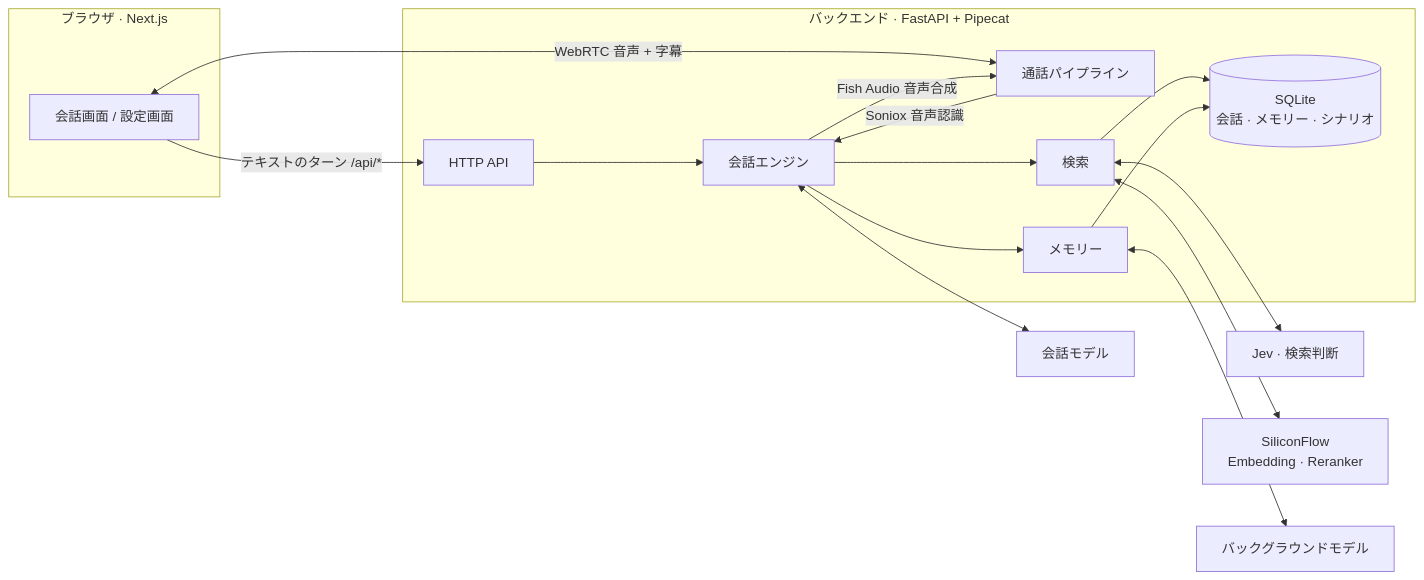
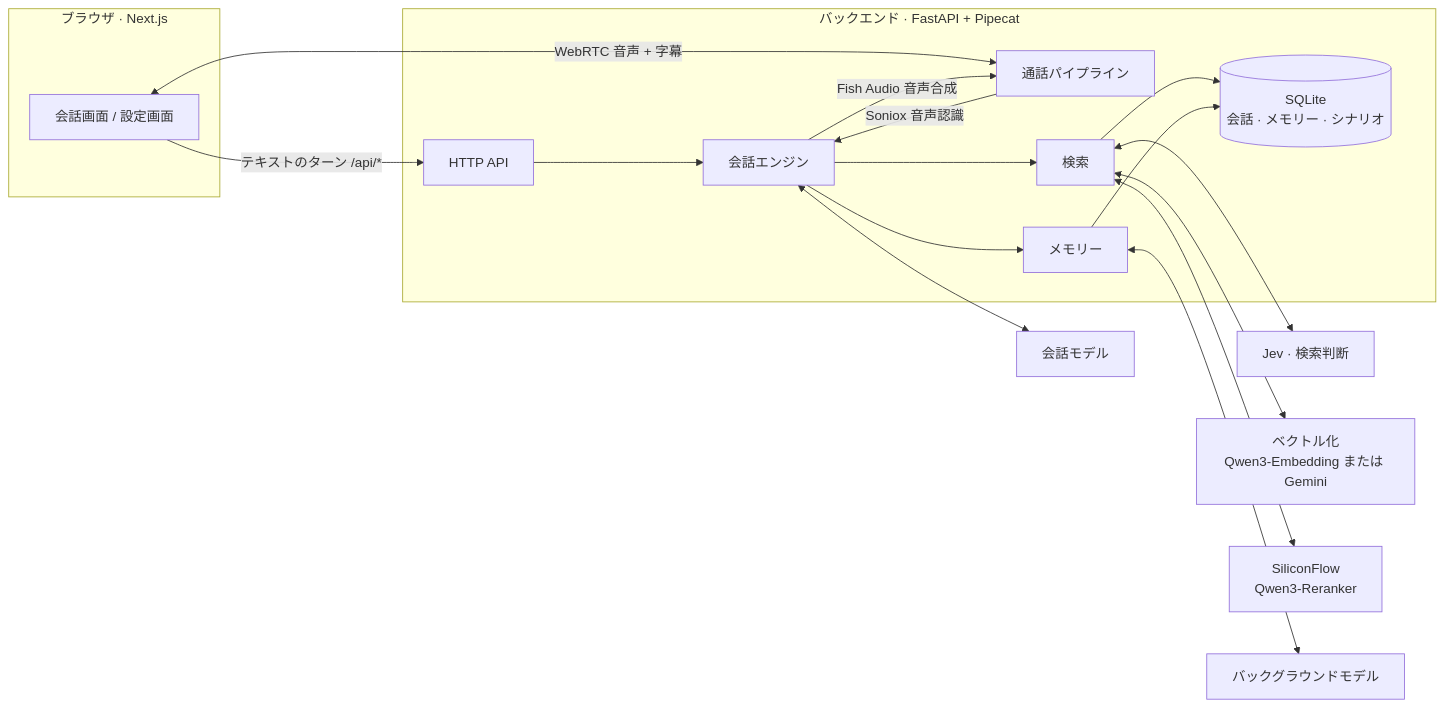
Before and after one commit to 3aKHP/idolum: the first of 2 diagrams in README.ja.md, drawn with Mermaid. The commit also changed other lines of this file and 5 other files, not shown here.

````diff
--- a/README.ja.md
+++ b/README.ja.md
@@ -71,29 +73,30 @@
 ```mermaid
 flowchart LR
     subgraph Browser["ブラウザ · Next.js"]
         UI["会話画面 / 設定画面"]
     end
 
     subgraph Backend["バックエンド · FastAPI + Pipecat"]
         API["HTTP API"]
         Call["通話パイプライン"]
         Engine["会話エンジン"]
         Retrieval["検索"]
         Memory["メモリー"]
         DB[("SQLite<br/>会話 · メモリー · シナリオ")]
     end
 
     UI -- "テキストのターン /api/*" --> API
     UI <-- "WebRTC 音声 + 字幕" --> Call
     API --> Engine
     Call -- "Soniox 音声認識" --> Engine
     Engine -- "Fish Audio 音声合成" --> Call
     Engine --> Retrieval
     Engine --> Memory
     Retrieval --> DB
     Memory --> DB
     Engine <--> ChatLLM["会話モデル"]
     Retrieval <--> Jev["Jev · 検索判断"]
-    Retrieval <--> SF["SiliconFlow<br/>Embedding · Reranker"]
+    Retrieval <--> Emb["ベクトル化<br/>Qwen3-Embedding または Gemini"]
+    Retrieval <--> SF["SiliconFlow<br/>Qwen3-Reranker"]
     Memory <--> BgLLM["バックグラウンドモデル"]
 ```
````
